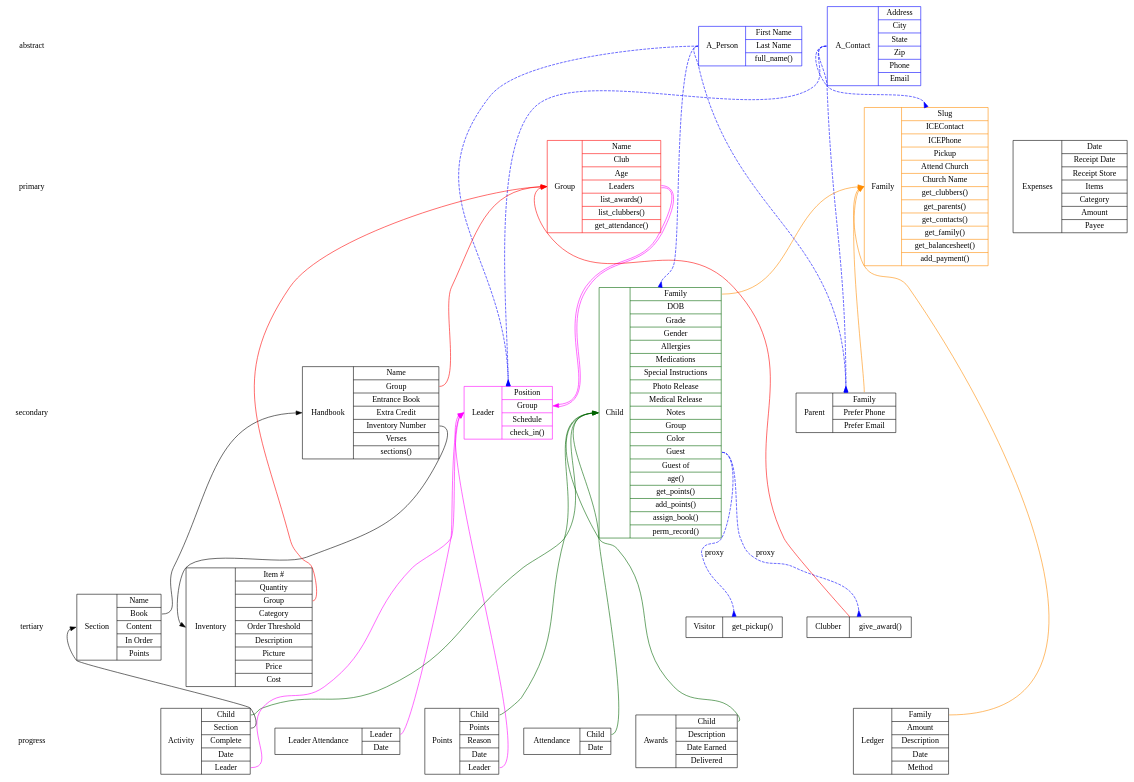
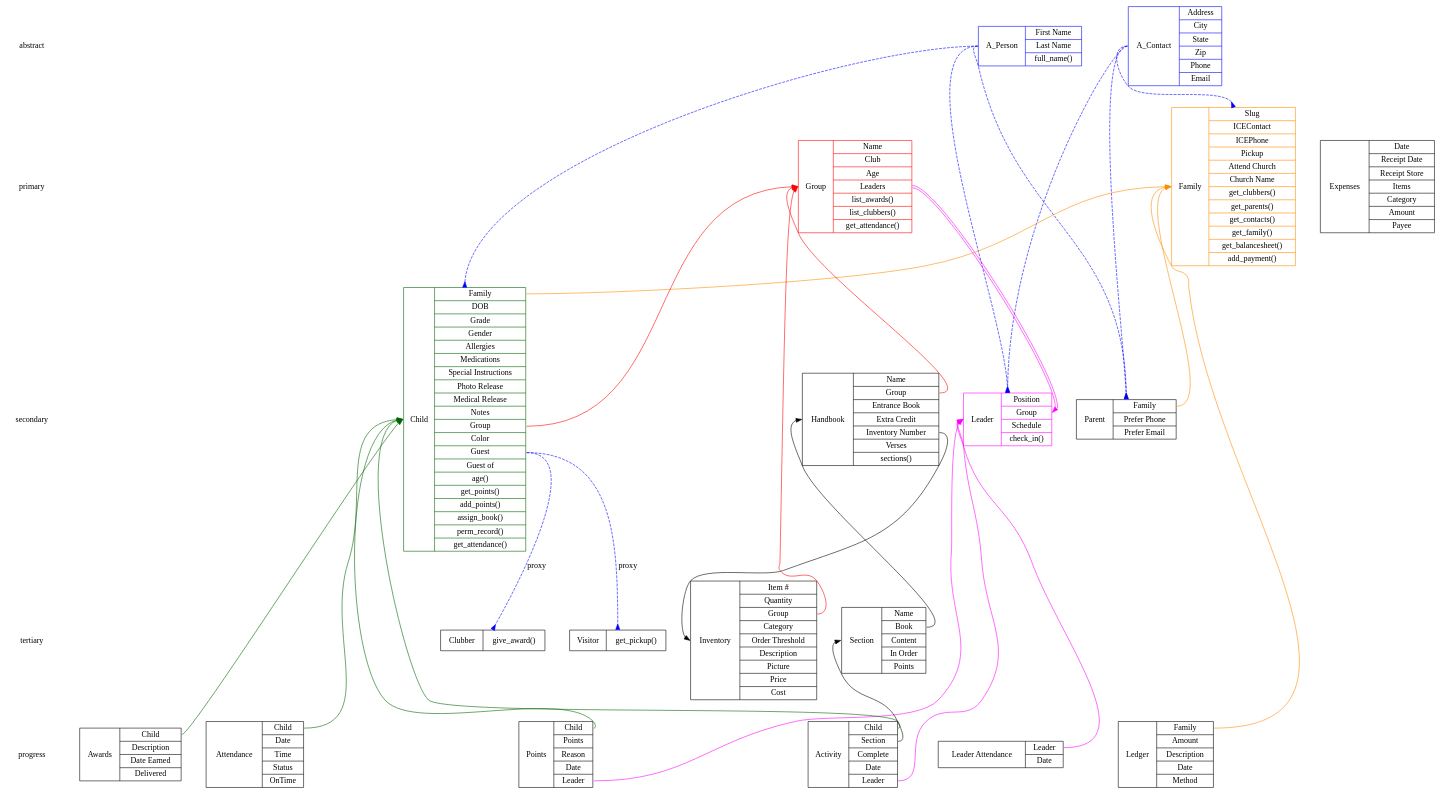
One commit to fbcp-awanas/website changed the diagram in datamodel.dot. Above: the diagram before and after it, drawn with Graphviz.

Commit message:
Attendance changes

```diff
--- a/datamodel.dot
+++ b/datamodel.dot
@@ -57,7 +57,8 @@
                                              <get_points>get_points()|
                                              <add_points>add_points()|
                                              <assign>assign_book()|
-                                             <record>perm_record()}"];
+                                             <record>perm_record()|
+                                             <attendance>get_attendance()}"];
     visitor [label="<id>Visitor|{get_pickup()}"]
     clubber [label="<id>Clubber|{<award>give_award()}"]
     parent [label="<id>Parent|{<family>Family|
@@ -122,7 +123,10 @@
                               Date Earned|
                               Delivered}"];
     attendance [label="<id>Attendance|{<child>Child|
-                                       Date}"];
+                                       Date|
+                                       Time|
+                                       Status|
+                                       OnTime}"];
     l_attendance [label="<id>Leader Attendance|{<leader>Leader|
                                                 Date}"];
     ledger [label="<id>Ledger|{<family>Family|
@@ -158,8 +162,8 @@
 // -> family
 {
     edge [color=darkorange]
-    child:family -> family:id:w
-    parent:family -> family:id:w
+    child:family:e -> family:id:w
+    parent:family:e -> family:id:w
     ledger:family:e -> family:id:w
 }
 
@@ -175,9 +179,9 @@
 // -> group
 {
     edge [color=red]
-    handbook:group -> group:id:w
-    clubber:group -> group:id:w
-    inv:group -> "group":id:w
+    handbook:group:e -> group:id:w
+    child:group:e -> group:id:w
+    inv:group:e -> "group":id:w
 }
 
 // -> leader
```
